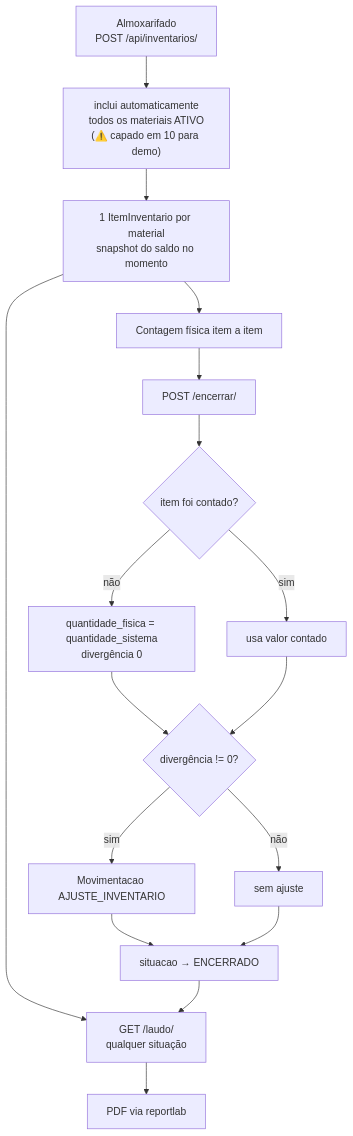
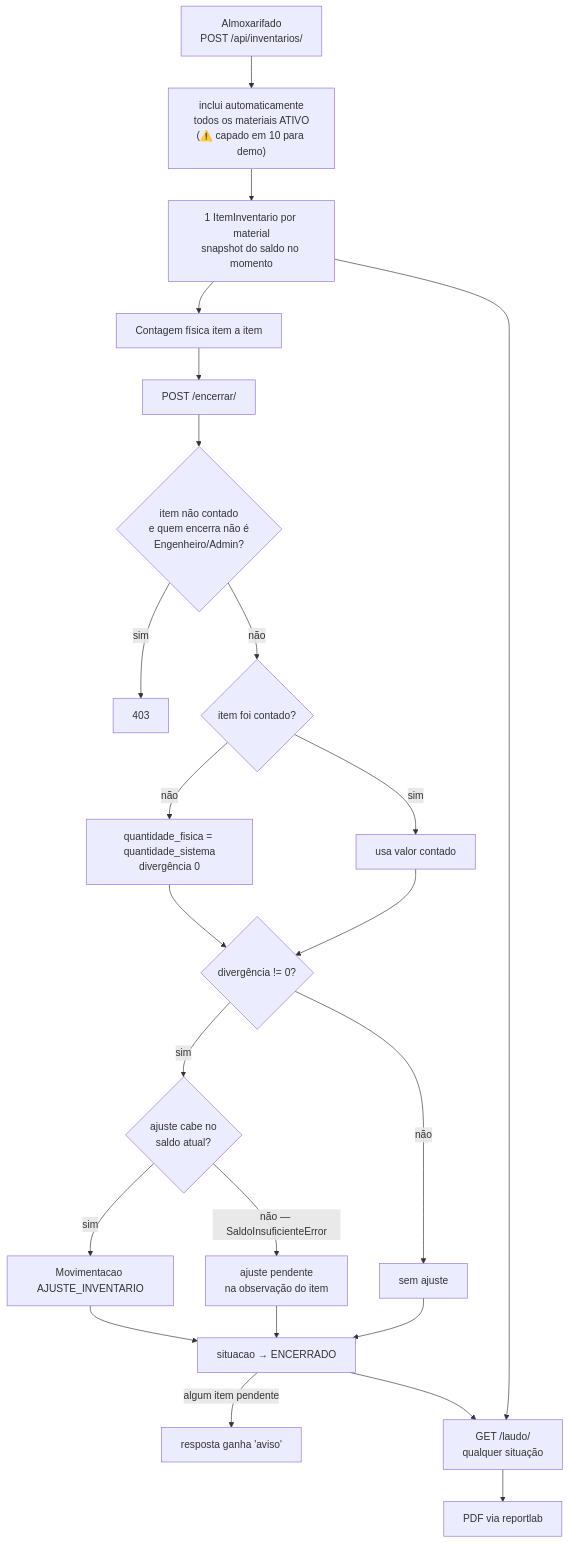
One commit to deborahohannedev/engemil changed the seventh of 8 diagrams in DOCUMENTACAO_TECNICA.md. Above: the diagram before and after it, drawn with Mermaid. The commit also changed other lines of this file, not shown here.

````diff
--- a/DOCUMENTACAO_TECNICA.md
+++ b/DOCUMENTACAO_TECNICA.md
@@ -445,19 +475,25 @@
 ```mermaid
 flowchart TD
     A["Almoxarifado\nPOST /api/inventarios/"] --> B["inclui automaticamente\ntodos os materiais ATIVO\n(⚠️ capado em 10 para demo)"]
     B --> C["1 ItemInventario por material\nsnapshot do saldo no momento"]
     C --> D["Contagem física item a item"]
     D --> F["POST /encerrar/"]
-    F --> G{item foi contado?}
+    F --> P{"item não contado\ne quem encerra não é\nEngenheiro/Admin?"}
+    P -->|sim| P1["403"]
+    P -->|não| G{item foi contado?}
     G -->|não| G1["quantidade_fisica = quantidade_sistema\ndivergência 0"]
     G -->|sim| G2["usa valor contado"]
     G1 --> H{divergência != 0?}
     G2 --> H
-    H -->|sim| H1["Movimentacao AJUSTE_INVENTARIO"]
+    H -->|sim| H1{"ajuste cabe no\nsaldo atual?"}
     H -->|não| H2["sem ajuste"]
-    H1 --> I["situacao → ENCERRADO"]
+    H1 -->|sim| H1A["Movimentacao AJUSTE_INVENTARIO"]
+    H1 -->|"não — SaldoInsuficienteError"| H1B["ajuste pendente\nna observação do item"]
+    H1A --> I["situacao → ENCERRADO"]
+    H1B --> I
     H2 --> I
+    I -->|"algum item pendente"| IA["resposta ganha 'aviso'"]
     C --> L["GET /laudo/\nqualquer situação"]
     I --> L
     L --> M["PDF via reportlab"]
 ```
````
